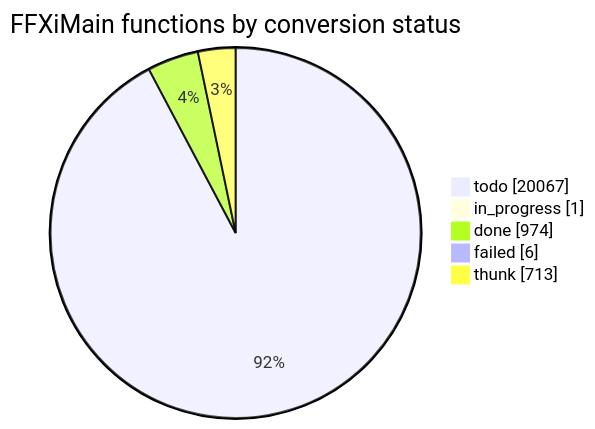
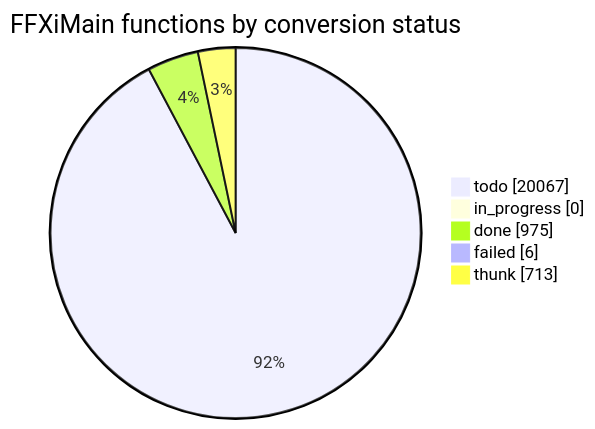
Before and after one commit to cowrevenge/cow_kuluu_xi_anything: the diagram in docs/cow/STATUS.md, drawn with Mermaid. The commit also changed other lines of this file and 11 other files, not shown here.

````diff
--- a/docs/cow/STATUS.md
+++ b/docs/cow/STATUS.md
@@ -18,9 +18,9 @@
 ```mermaid
 pie showData
     title FFXiMain functions by conversion status
     "todo" : 20067
-    "in_progress" : 1
-    "done" : 974
+    "in_progress" : 0
+    "done" : 975
     "failed" : 6
     "thunk" : 713
 ```
````
